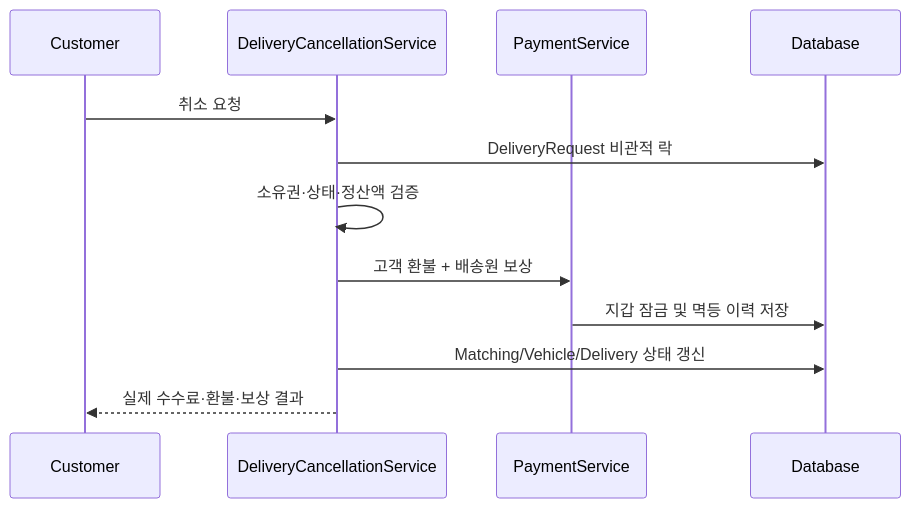
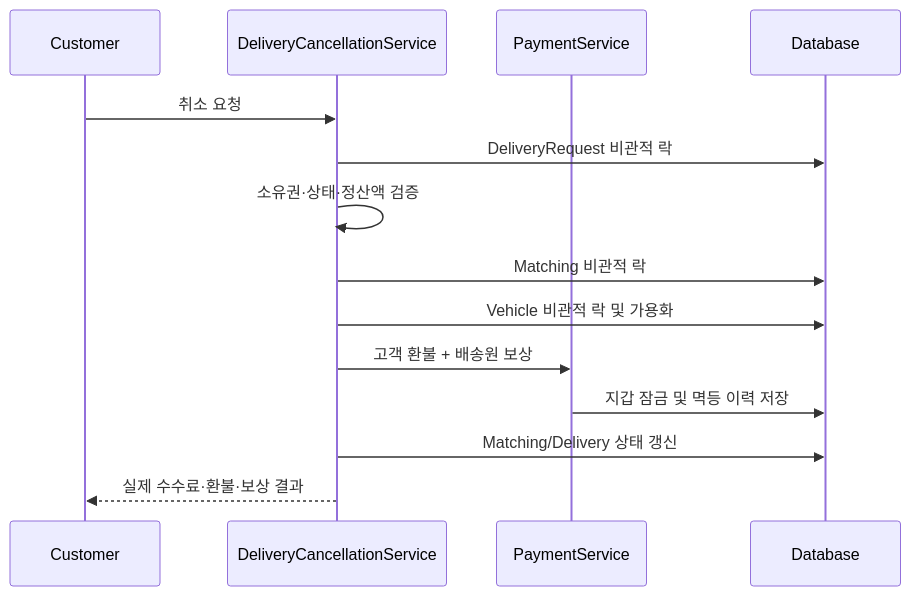
Before and after one commit to ShinhanDSProject/shinhan-delivery: the diagram in docs/design/단계별-취소-수수료-배송원-보상-기능-설계서.md, drawn with Mermaid. The commit also changed other lines of this file and 8 other files, not shown here.

````diff
--- a/docs/design/단계별-취소-수수료-배송원-보상-기능-설계서.md
+++ b/docs/design/단계별-취소-수수료-배송원-보상-기능-설계서.md
@@ -24,14 +24,16 @@
 ```mermaid
 sequenceDiagram
     participant C as Customer
     participant D as DeliveryCancellationService
     participant P as PaymentService
     participant DB as Database
     C->>D: 취소 요청
     D->>DB: DeliveryRequest 비관적 락
     D->>D: 소유권·상태·정산액 검증
+    D->>DB: Matching 비관적 락
+    D->>DB: Vehicle 비관적 락 및 가용화
     D->>P: 고객 환불 + 배송원 보상
     P->>DB: 지갑 잠금 및 멱등 이력 저장
-    D->>DB: Matching/Vehicle/Delivery 상태 갱신
+    D->>DB: Matching/Delivery 상태 갱신
     D-->>C: 실제 수수료·환불·보상 결과
 ```
````
